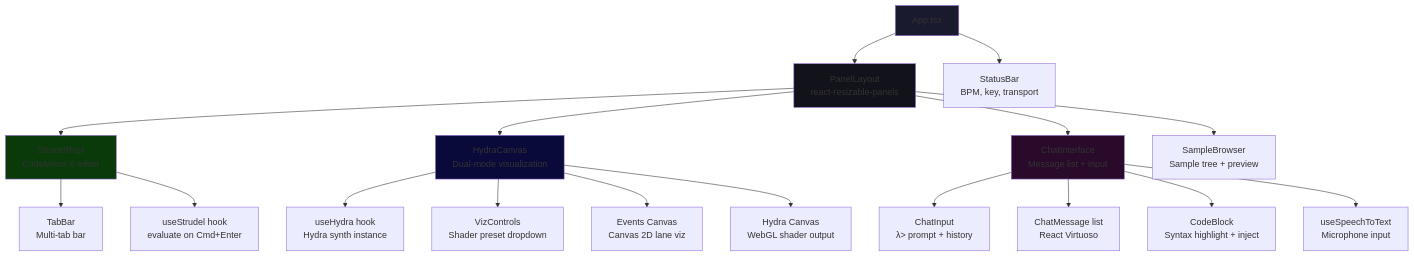
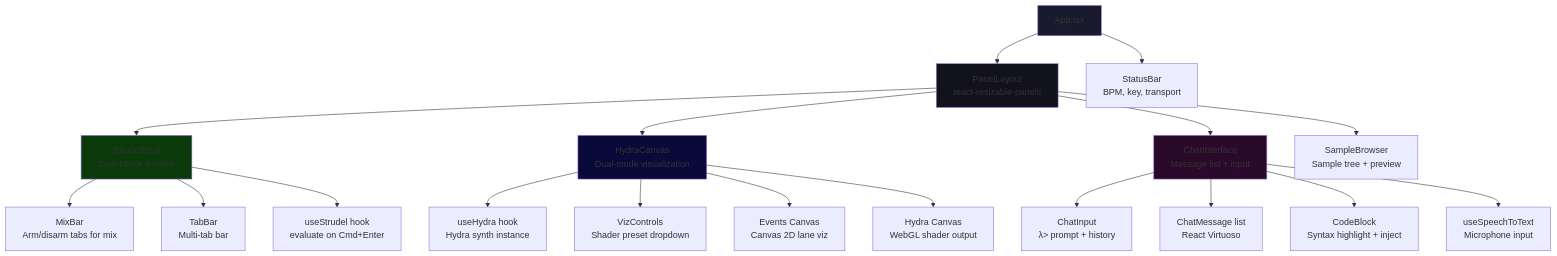
Before and after one commit to weathermachine/EuroHack: the third of 21 diagrams in docs/how-it-works.md, drawn with Mermaid. The commit also changed other lines of this file and 4 other files, not shown here.

First line of the commit message:
Update all docs for MixBar, non-blocking dialogs, and Hydra idle overlay

````diff
--- a/docs/how-it-works.md
+++ b/docs/how-it-works.md
@@ -148,30 +148,31 @@
 ```mermaid
 graph TD
     APP["App.tsx"]
     APP --> PL["PanelLayout<br/>react-resizable-panels"]
     APP --> SB["StatusBar<br/>BPM, key, transport"]
 
     PL --> SR["StrudelRepl<br/>CodeMirror 6 editor"]
     PL --> HC["HydraCanvas<br/>Dual-mode visualization"]
     PL --> CI["ChatInterface<br/>Message list + input"]
     PL --> SBR["SampleBrowser<br/>Sample tree + preview"]
 
+    SR --> MB["MixBar<br/>Arm/disarm tabs for mix"]
     SR --> TB["TabBar<br/>Multi-tab bar"]
     SR --> US["useStrudel hook<br/>evaluate on Cmd+Enter"]
 
     HC --> UH["useHydra hook<br/>Hydra synth instance"]
     HC --> VC["VizControls<br/>Shader preset dropdown"]
     HC --> EC["Events Canvas<br/>Canvas 2D lane viz"]
     HC --> HYC["Hydra Canvas<br/>WebGL shader output"]
 
     CI --> CIN["ChatInput<br/>λ> prompt + history"]
     CI --> CML["ChatMessage list<br/>React Virtuoso"]
     CI --> CB["CodeBlock<br/>Syntax highlight + inject"]
     CI --> STT["useSpeechToText<br/>Microphone input"]
 
     style APP fill:#1a1a2e
     style PL fill:#12121a
     style SR fill:#0a3a0a
     style HC fill:#0a0a3a
     style CI fill:#2a0a2a
 ```
````
